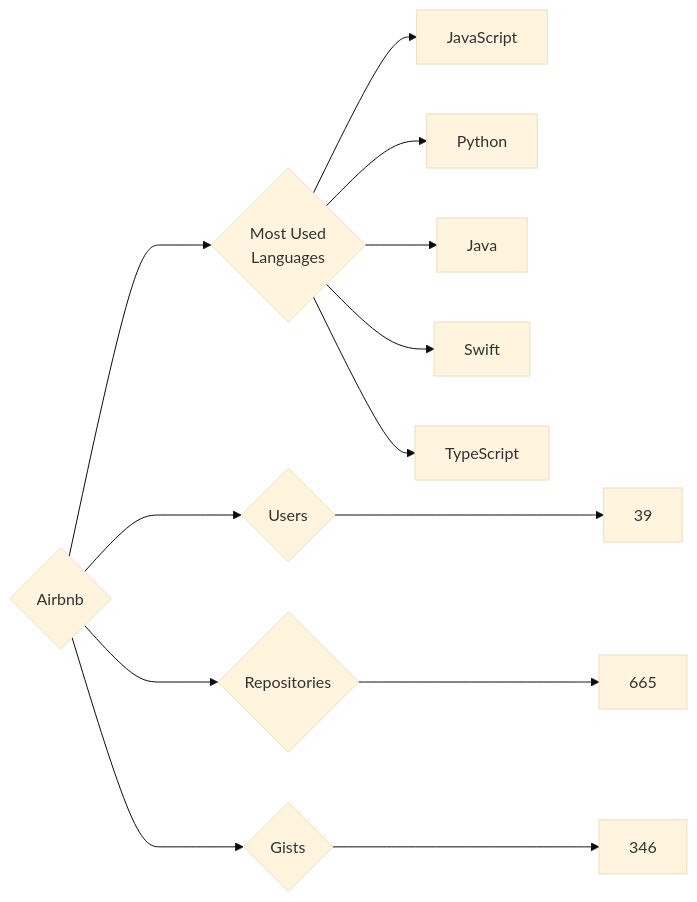
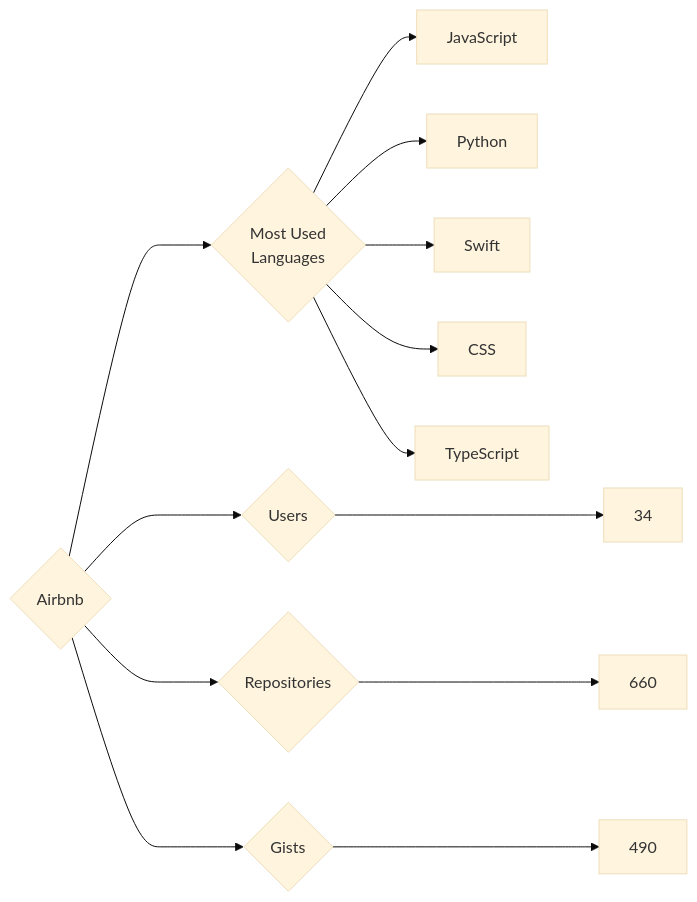
One commit to trickest/insiders changed the diagram in targets/Airbnb/README.md. Above: the diagram before and after it, drawn with Mermaid (base theme). The commit also changed 748 other files, not shown here.

````diff
--- a/targets/Airbnb/README.md
+++ b/targets/Airbnb/README.md
@@ -3,13 +3,13 @@
 ```mermaid
 graph LR
 COMPANY_NAME{Airbnb}
-COMPANY_NAME ---> U{Users} ---> UN[39]
-COMPANY_NAME ---> R{Repositories} ---> RN[665]
-COMPANY_NAME ---> G{Gists} ---> GN[346]
+COMPANY_NAME ---> U{Users} ---> UN[34]
+COMPANY_NAME ---> R{Repositories} ---> RN[660]
+COMPANY_NAME ---> G{Gists} ---> GN[490]
 COMPANY_NAME ---> ML{Most Used<br>Languages}
 ML --> JavaScript[JavaScript]
 ML --> Python[Python]
-ML --> Java[Java]
 ML --> Swift[Swift]
+ML --> CSS[CSS]
 ML --> TypeScript[TypeScript]
 ```
````
